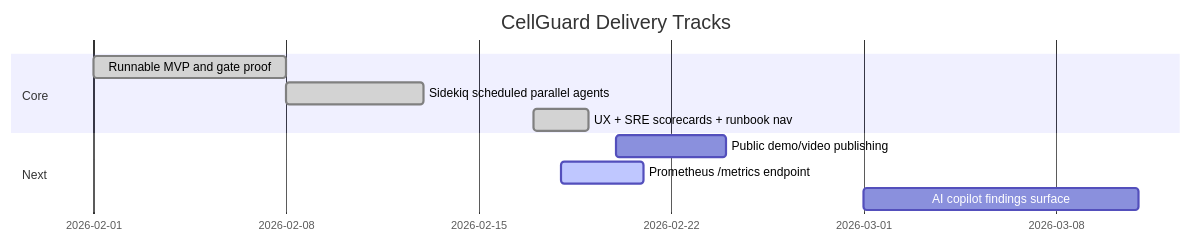
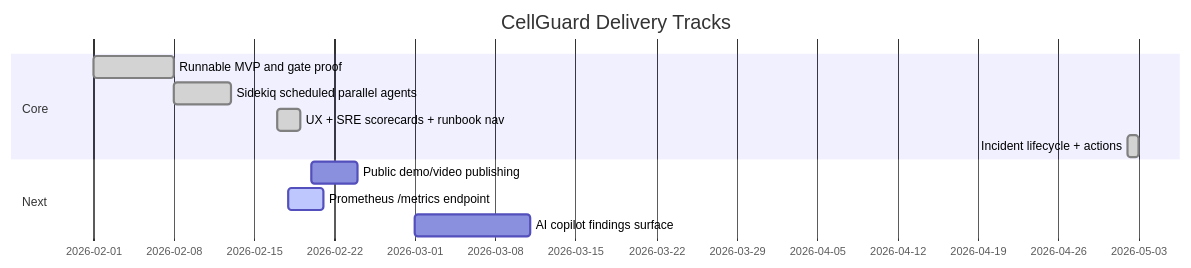
One commit to AngelP17/Cellguard changed the fourth of 4 diagrams in README.md. Above: the diagram before and after it, drawn with Mermaid. The commit also changed other lines of this file and 25 other files, not shown here.

First line of the commit message:
feat: harden all UI buttons, add incident lifecycle APIs, override modal, Geist typography

````diff
--- a/README.md
+++ b/README.md
@@ -239,13 +283,14 @@
 ```mermaid
 gantt
     title CellGuard Delivery Tracks
     dateFormat  YYYY-MM-DD
     section Core
     Runnable MVP and gate proof       :done, c1, 2026-02-01, 7d
     Sidekiq scheduled parallel agents :done, c2, 2026-02-08, 5d
     UX + SRE scorecards + runbook nav :done, c3, 2026-02-17, 2d
+    Incident lifecycle + actions      :done, c4, 2026-05-02, 1d
     section Next
     Public demo/video publishing      :n0, 2026-02-20, 4d
     Prometheus /metrics endpoint      :active, n1, 2026-02-18, 3d
     AI copilot findings surface       :n2, 2026-03-01, 10d
 ```
````
